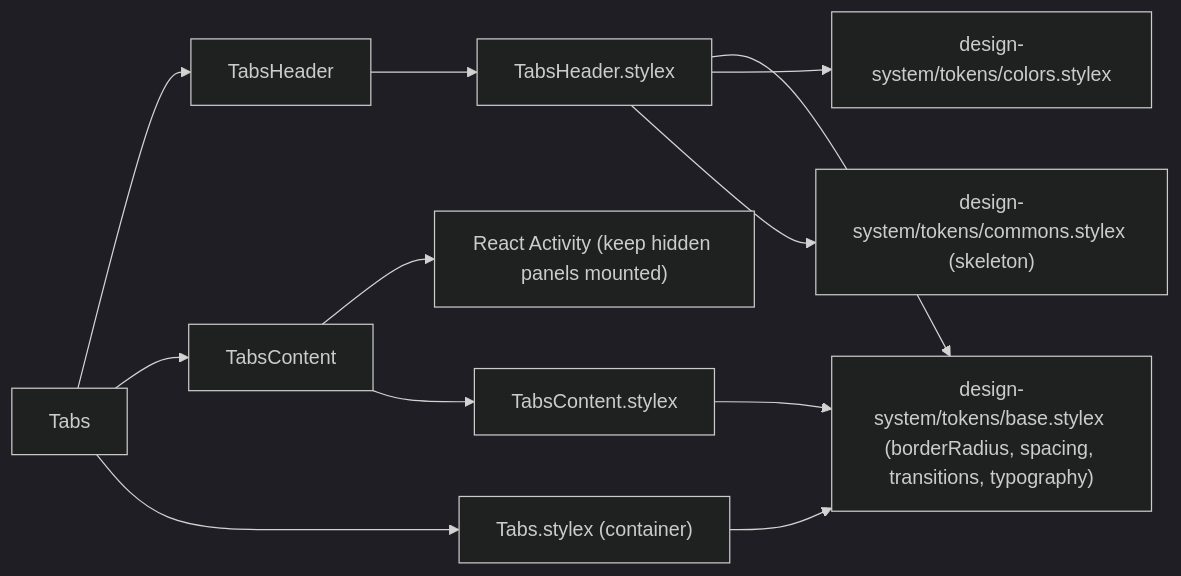
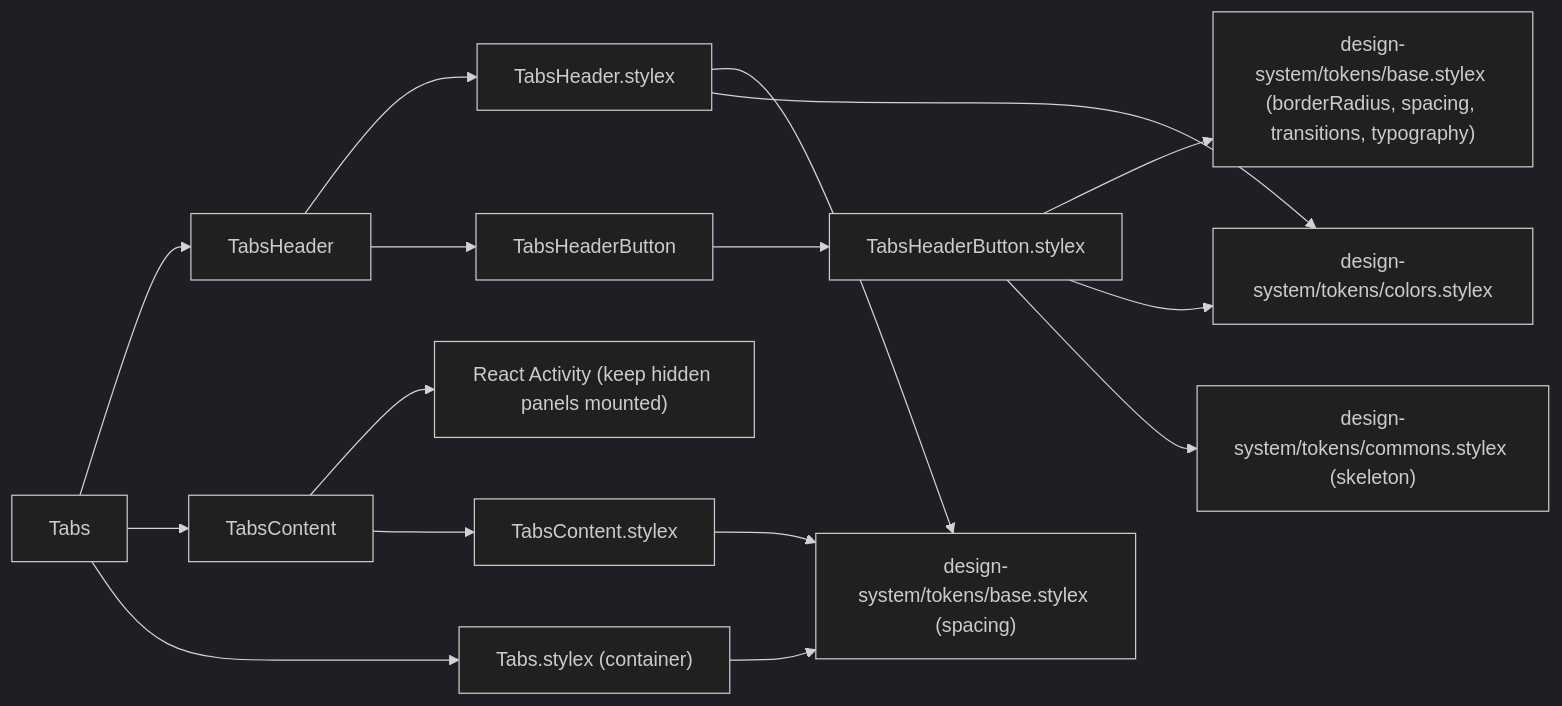
The first of 2 diagrams in packages/ui/src/components/Tabs/ARCHITECTURE.md (luciocabrera/lcabrera-stack), drawn with Mermaid (dark theme) before and after one commit. The commit also changed other lines of this file and 16 other files, not shown here.

````diff
--- a/packages/ui/src/components/Tabs/ARCHITECTURE.md
+++ b/packages/ui/src/components/Tabs/ARCHITECTURE.md
@@ -27,14 +31,18 @@
 ```mermaid
 graph LR
   Tabs --> TabsHeader
   Tabs --> TabsContent
   Tabs --> Tabs_stylex["Tabs.stylex (container)"]
   TabsHeader --> TabsHeader_stylex["TabsHeader.stylex"]
+  TabsHeader --> TabsHeaderButton
+  TabsHeaderButton --> TabsHeaderButton_stylex["TabsHeaderButton.stylex"]
   TabsContent --> Activity["React Activity (keep hidden panels mounted)"]
   TabsContent --> TabsContent_stylex["TabsContent.stylex"]
-  TabsHeader_stylex --> base_tokens["design-system/tokens/base.stylex (borderRadius, spacing, transitions, typography)"]
+  TabsHeader_stylex --> base_tokens["design-system/tokens/base.stylex (spacing)"]
+  TabsHeaderButton_stylex --> base_tokens_button["design-system/tokens/base.stylex (borderRadius, spacing, transitions, typography)"]
   TabsHeader_stylex --> colors["design-system/tokens/colors.stylex"]
-  TabsHeader_stylex --> commons["design-system/tokens/commons.stylex (skeleton)"]
+  TabsHeaderButton_stylex --> colors
+  TabsHeaderButton_stylex --> commons["design-system/tokens/commons.stylex (skeleton)"]
   TabsContent_stylex --> base_tokens
   Tabs_stylex --> base_tokens
 ```
````
